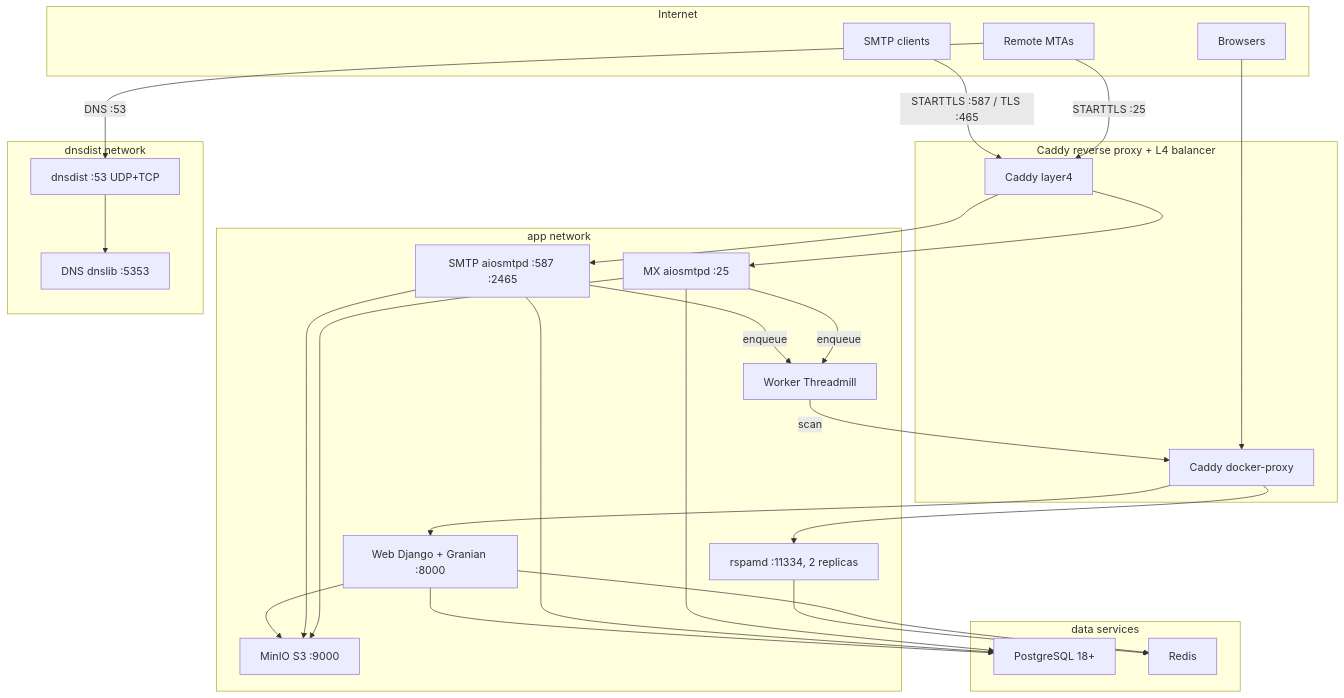
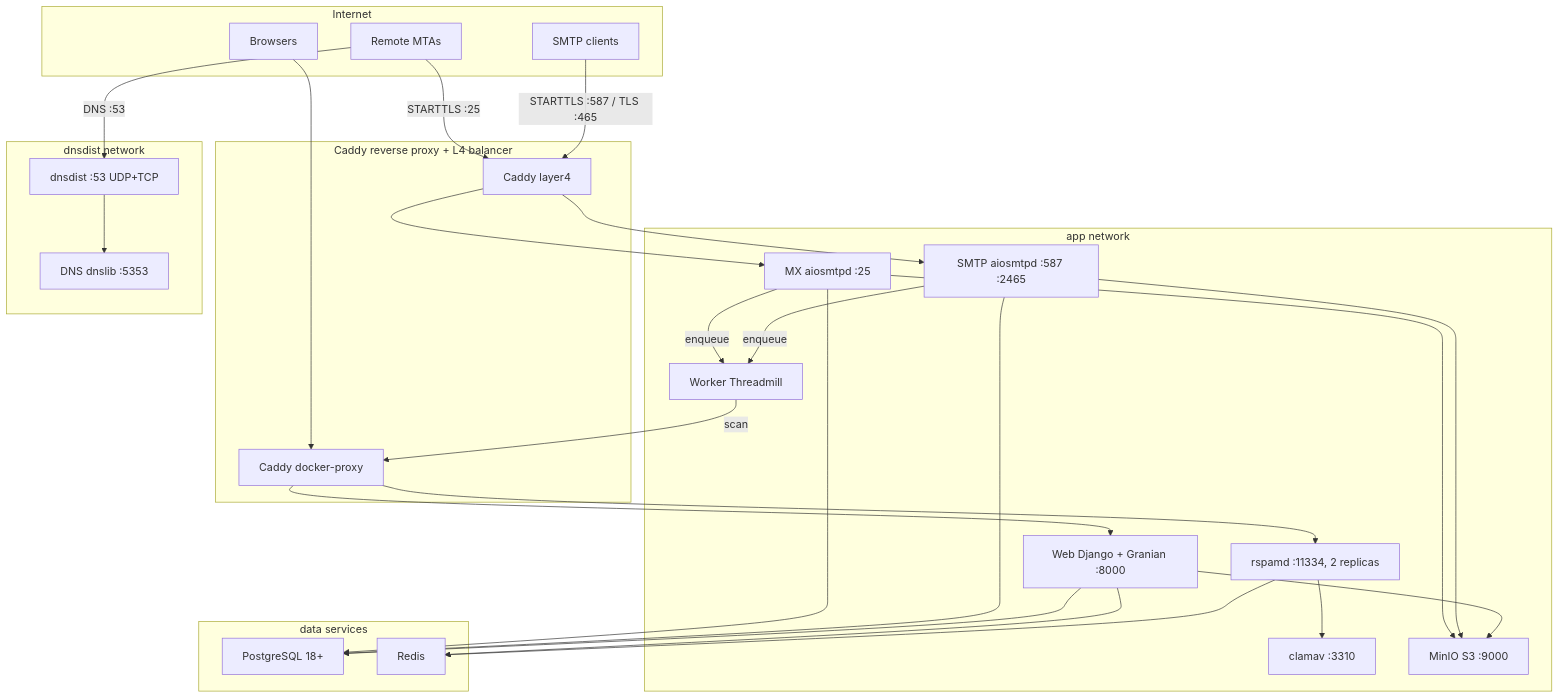
Before and after one commit to codingjoe/relay: the first of 2 diagrams in README.md, drawn with Mermaid. The commit also changed other lines of this file and 12 other files, not shown here.

````diff
--- a/README.md
+++ b/README.md
@@ -85,53 +86,55 @@
 ```mermaid
 flowchart TD
     subgraph internet[Internet]
         client[SMTP clients]
         sender[Remote MTAs]
         browser[Browsers]
     end
 
     subgraph caddy[Caddy reverse proxy + L4 balancer]
         caddy_proxy[Caddy docker-proxy]
         caddy_l4[Caddy layer4]
     end
 
     subgraph app[app network]
         web[Web Django + Granian :8000]
         msa[SMTP aiosmtpd :587 :2465]
         mta[MX aiosmtpd :25]
         worker[Worker Threadmill]
         rspamd[rspamd :11334, 2 replicas]
+        clamav[clamav :3310]
         minio[MinIO S3 :9000]
     end
 
     subgraph data[data services]
         pg[PostgreSQL 18+]
         redis[Redis]
     end
 
     subgraph dns[dnsdist network]
         dnsdist[dnsdist :53 UDP+TCP]
         dns_ns[DNS dnslib :5353]
     end
 
     browser --> caddy_proxy
     caddy_proxy --> web
     client -->|STARTTLS :587 / TLS :465| caddy_l4
     sender -->|STARTTLS :25| caddy_l4
     caddy_l4 --> msa
     caddy_l4 --> mta
     msa -->|enqueue| worker
     mta -->|enqueue| worker
     worker -->|scan| caddy_proxy
     caddy_proxy --> rspamd
     rspamd --> redis
+    rspamd --> clamav
     web --> pg
     web --> redis
     web --> minio
     msa --> pg
     msa --> minio
     mta --> pg
     mta --> minio
     dnsdist --> dns_ns
     sender -->|DNS :53| dnsdist
 ```
````
